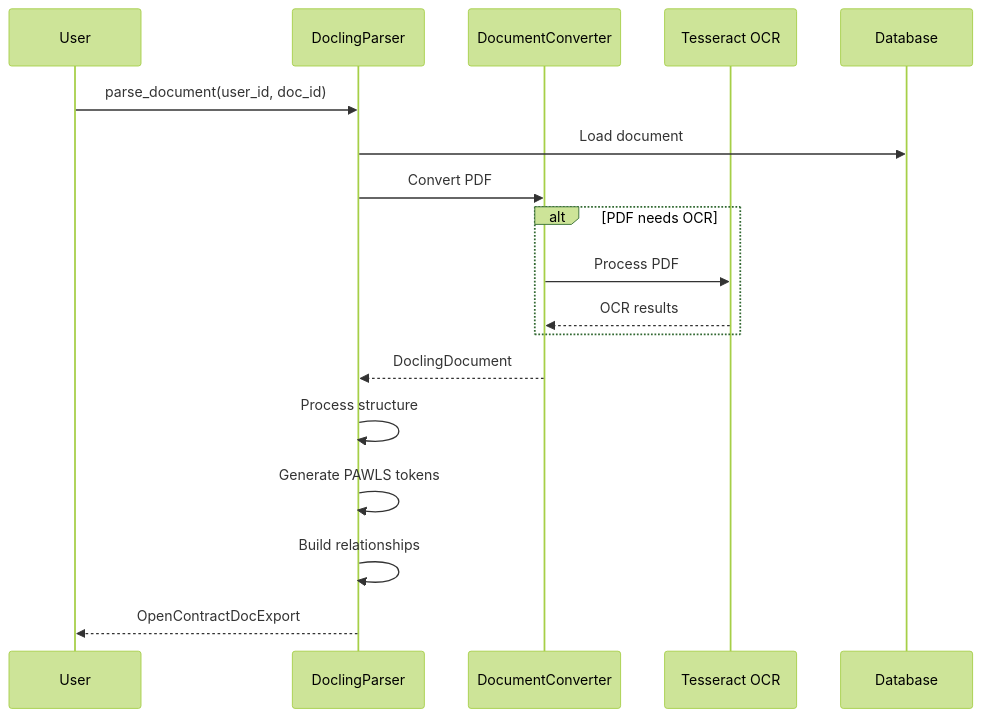
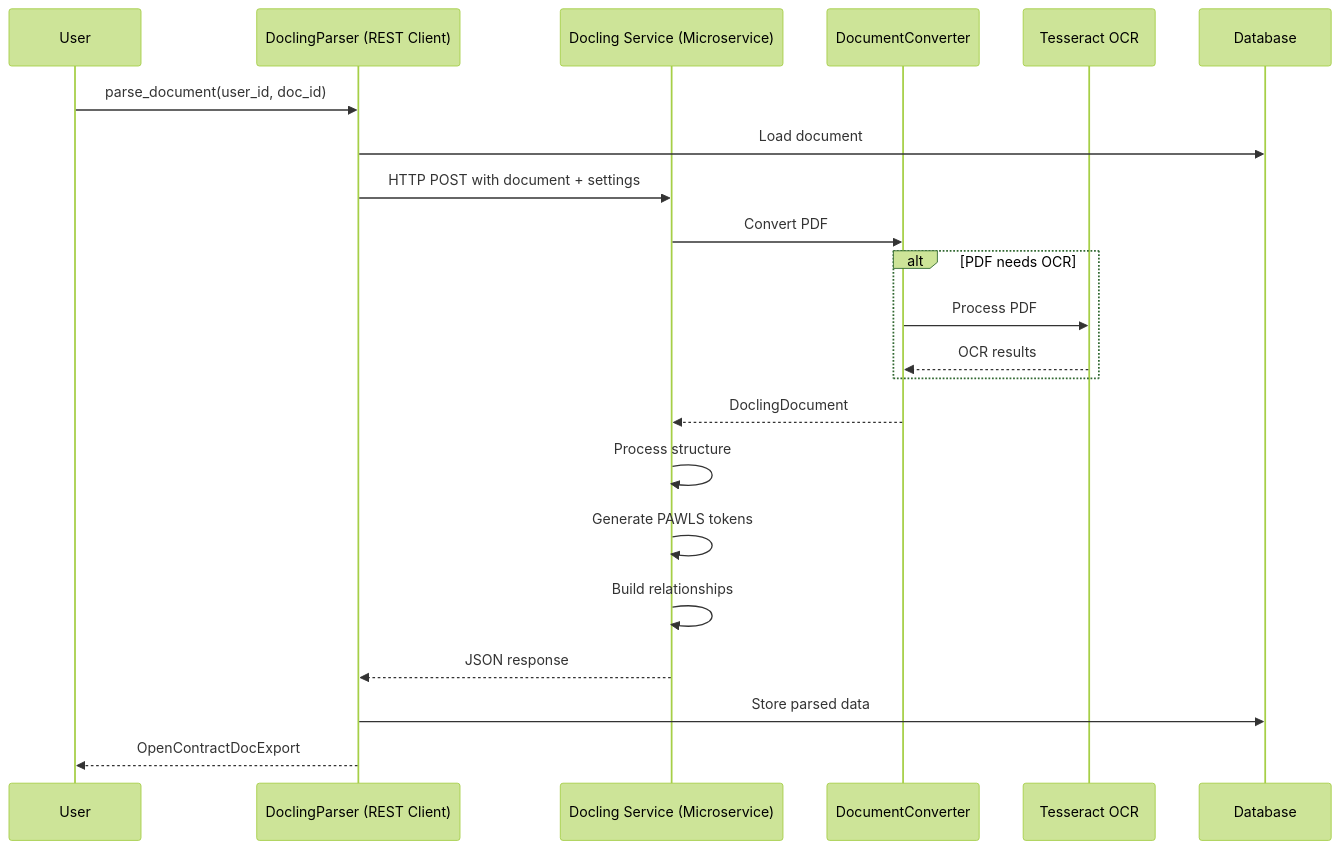
Before and after one commit to baichuanping/OpenContracts: the diagram in docs/pipelines/docling_parser.md, drawn with Mermaid (forest theme). The commit also changed other lines of this file and 22 other files, not shown here.

````diff
--- a/docs/pipelines/docling_parser.md
+++ b/docs/pipelines/docling_parser.md
@@ -13,23 +13,27 @@
 ```mermaid
 sequenceDiagram
     participant U as User
-    participant D as DoclingParser
+    participant DP as DoclingParser (REST Client)
+    participant DS as Docling Service (Microservice)
     participant DC as DocumentConverter
     participant OCR as Tesseract OCR
     participant DB as Database
 
-    U->>D: parse_document(user_id, doc_id)
-    D->>DB: Load document
-    D->>DC: Convert PDF
+    U->>DP: parse_document(user_id, doc_id)
+    DP->>DB: Load document
+    DP->>DS: HTTP POST with document + settings
+    DS->>DC: Convert PDF
 
     alt PDF needs OCR
         DC->>OCR: Process PDF
         OCR-->>DC: OCR results
     end
 
-    DC-->>D: DoclingDocument
-    D->>D: Process structure
-    D->>D: Generate PAWLS tokens
-    D->>D: Build relationships
-    D-->>U: OpenContractDocExport
+    DC-->>DS: DoclingDocument
+    DS->>DS: Process structure
+    DS->>DS: Generate PAWLS tokens
+    DS->>DS: Build relationships
+    DS-->>DP: JSON response
+    DP->>DB: Store parsed data
+    DP-->>U: OpenContractDocExport
 ```
````
